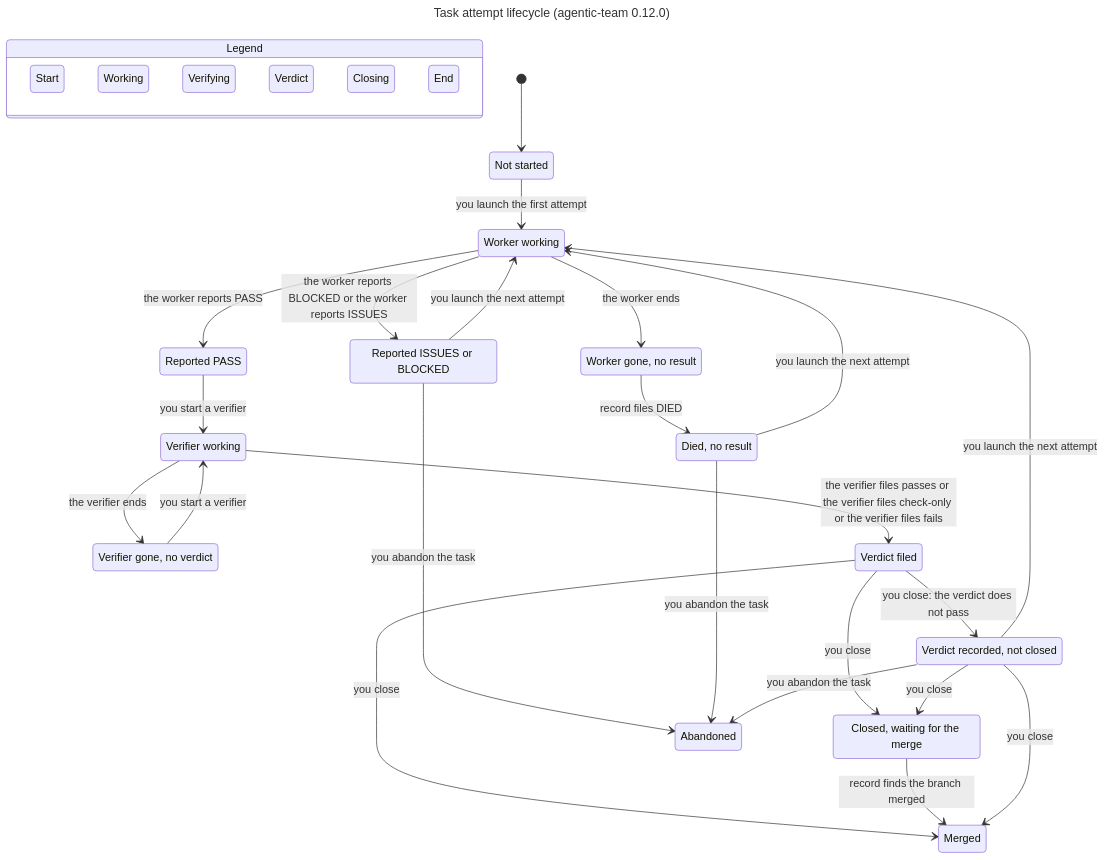
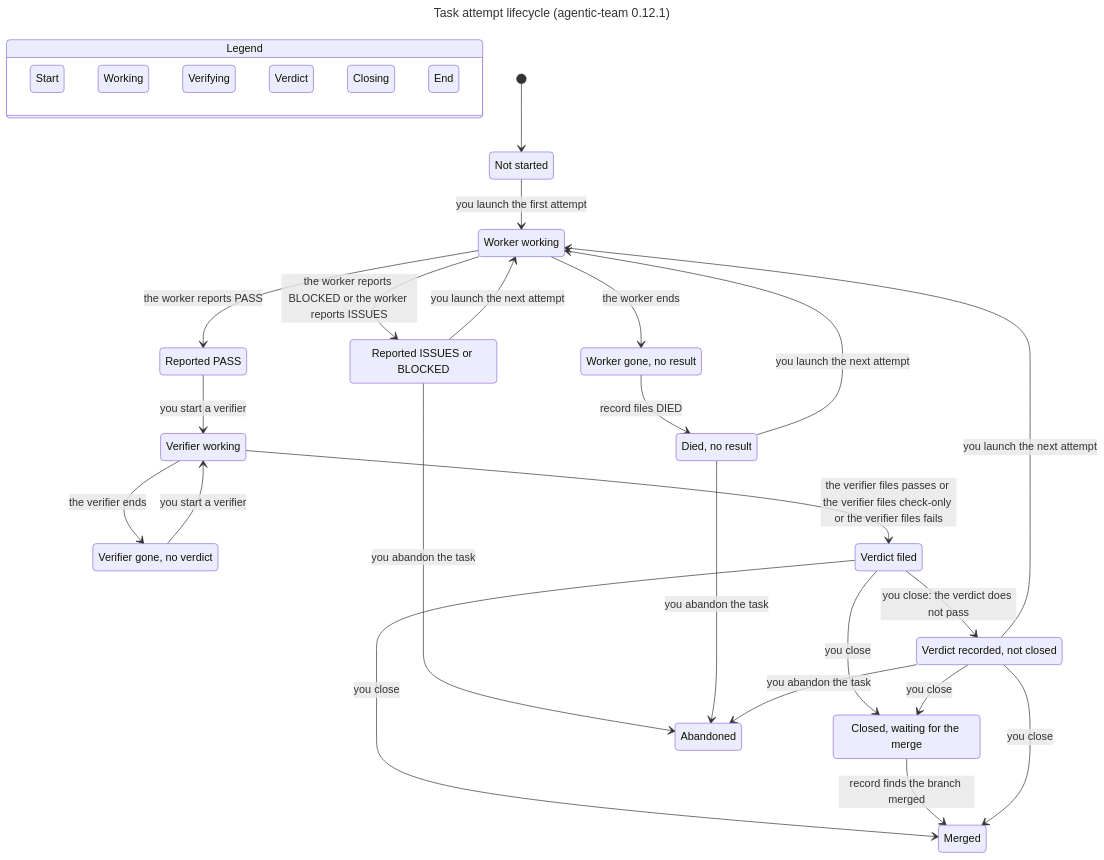
One commit to ronicayu/ronica-skills changed the diagram in plugins/agentic-team/assets/diagrams/attempt-statechart.mmd. Above: the diagram before and after it, drawn with Mermaid. The commit also changed 28 other files, not shown here.

First line of the commit message:
agentic-team 0.12.1: ghost session rows (#66)

```diff
--- a/plugins/agentic-team/assets/diagrams/attempt-statechart.mmd
+++ b/plugins/agentic-team/assets/diagrams/attempt-statechart.mmd
@@ -1,69 +1,69 @@
 ---
-title: "Task attempt lifecycle (agentic-team 0.12.0)"
+title: "Task attempt lifecycle (agentic-team 0.12.1)"
 ---
 stateDiagram-v2
   %% Generated by the statechart skill from plugins/agentic-team/model (overview.cfg, overview-view.mjs).
   %% Do not edit by hand: rerun the model, copy its chart.mmd here, and render it with
   %% plugins/statechart/skills/statechart/scripts/render.mjs (assets/diagrams/render.mjs skips this file).
   state "Legend" as legend {
     lg0: Start
     lg1: Working
     lg2: Verifying
     lg3: Verdict
     lg4: Closing
     lg5: End
   }
   class lg0 blue
   class lg1 orange
   class lg2 purple
   class lg3 yellow
   class lg4 teal
   class lg5 tan
   s0: Not started
   s1: Worker working
   s2: Reported ISSUES or BLOCKED
   s3: Reported PASS
   s4: Worker gone, no result
   s5: Verifier working
   s6: Died, no result
   s7: Verifier gone, no verdict
   s8: Verdict filed
   s9: Closed, waiting for the merge
   s10: Abandoned
   s11: Verdict recorded, not closed
   s12: Merged
   [*] --> s0
   s0 --> s1: you launch the first attempt
   s1 --> s2: the worker reports BLOCKED or the worker reports ISSUES
   s1 --> s3: the worker reports PASS
   s1 --> s4: the worker ends
   s3 --> s5: you start a verifier
   s4 --> s6: record files DIED
   s5 --> s7: the verifier ends
   s5 --> s8: the verifier files passes or the verifier files check-only or the verifier files fails
   s2 --> s1: you launch the next attempt
   s6 --> s1: you launch the next attempt
   s7 --> s5: you start a verifier
   s2 --> s10: you abandon the task
   s8 --> s9: you close
   s8 --> s12: you close
   s8 --> s11: you close: the verdict does not pass
   s6 --> s10: you abandon the task
   s11 --> s1: you launch the next attempt
   s9 --> s12: record finds the branch merged
   s11 --> s9: you close
   s11 --> s12: you close
   s11 --> s10: you abandon the task
   class s0 blue
   class s1 orange
   class s2 orange
   class s3 orange
   class s4 orange
   class s5 purple
   class s6 orange
   class s7 purple
   class s8 purple
   class s9 teal
   class s10 tan
   class s11 yellow
   class s12 tan
```
